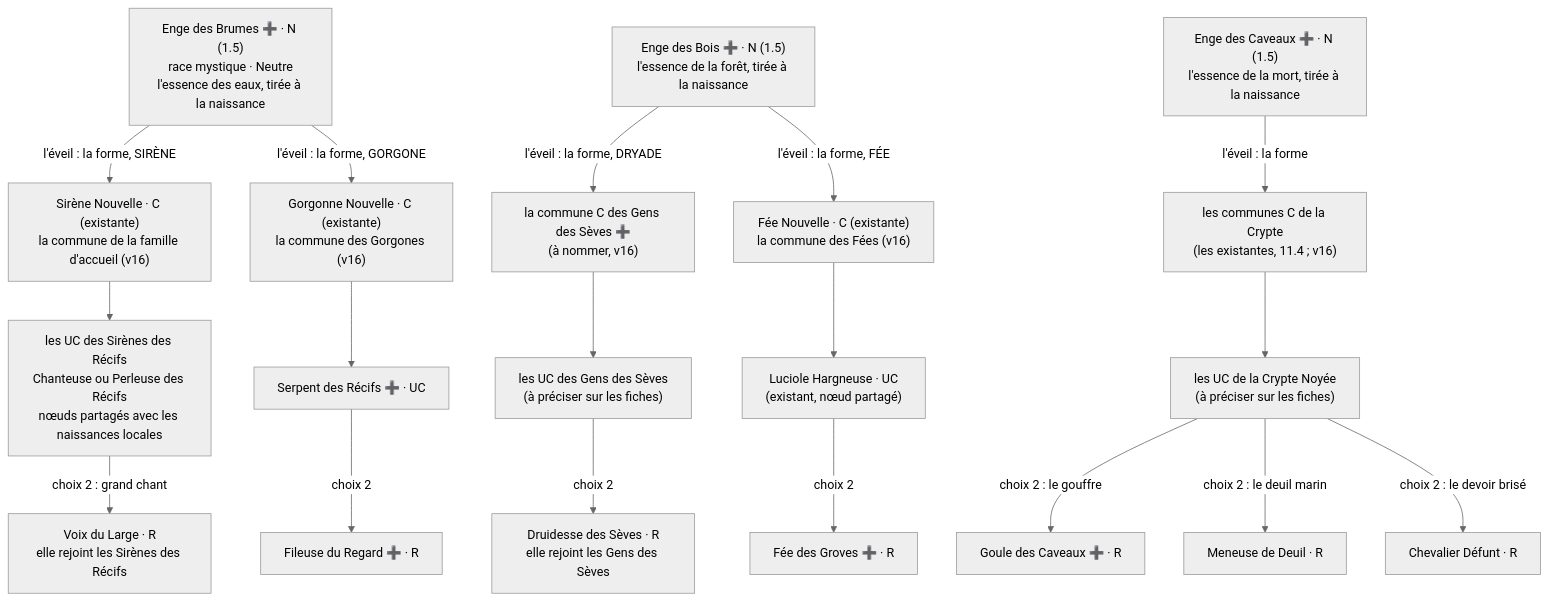
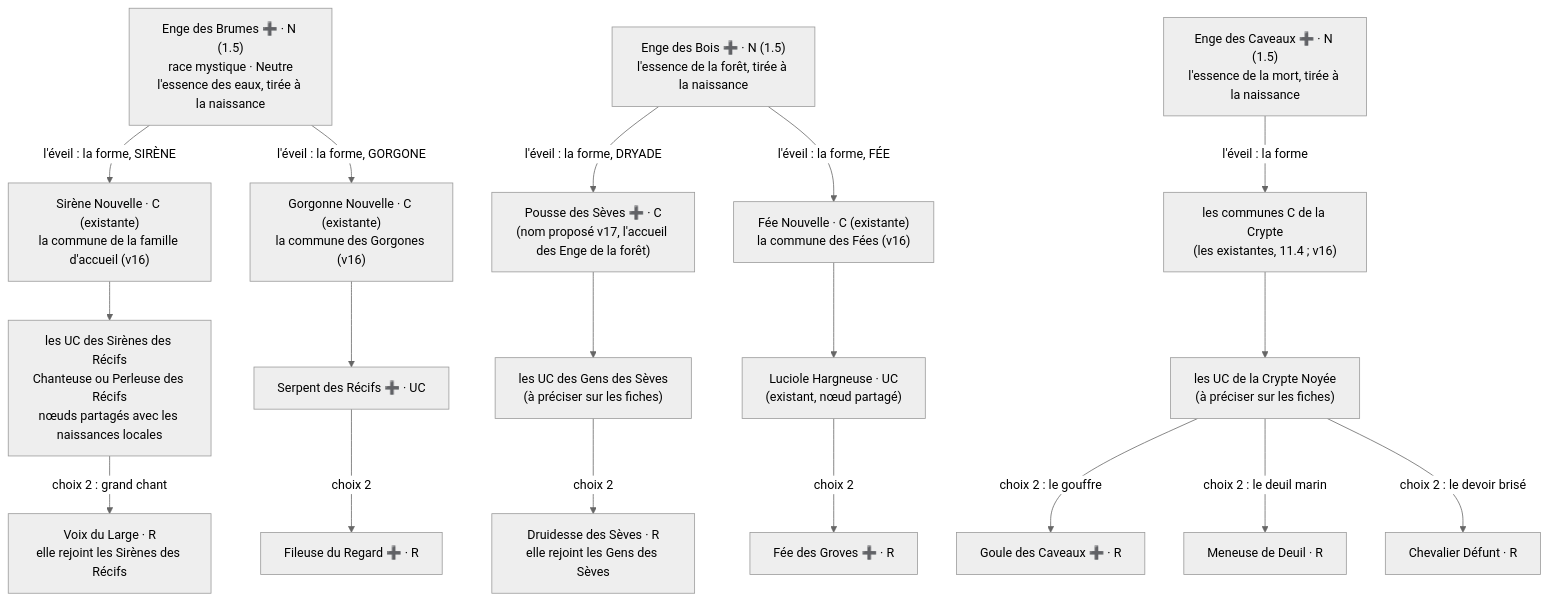
Before and after one commit to mobize191/aicg-lignees: diagram 13 of 19 in docs/design-arbres.md, drawn with Mermaid (neutral theme). The commit also changed other lines of this file and 1 other file, not shown here.

Commit message:
docs : design v17 des arbres (Ange Éveillé, drops, communes) + refonte des sorts (typologie, acquisition, familles)

````diff
--- a/docs/design-arbres.md
+++ b/docs/design-arbres.md
@@ -427,15 +429,15 @@
 ```mermaid
 flowchart TD
   E1["Enge des Brumes ➕ · N (1.5)<br/>race mystique · Neutre<br/>l'essence des eaux, tirée à la naissance"] -->|"l'éveil : la forme, SIRÈNE"| SIRC["Sirène Nouvelle · C (existante)<br/>la commune de la famille d'accueil (v16)"] --> SIRU["les UC des Sirènes des Récifs<br/>Chanteuse ou Perleuse des Récifs<br/>nœuds partagés avec les naissances locales"]
   E1 -->|"l'éveil : la forme, GORGONE"| GORC["Gorgonne Nouvelle · C (existante)<br/>la commune des Gorgones (v16)"] --> GORU["Serpent des Récifs ➕ · UC"]
-  E2["Enge des Bois ➕ · N (1.5)<br/>l'essence de la forêt, tirée à la naissance"] -->|"l'éveil : la forme, DRYADE"| DRYC["la commune C des Gens des Sèves ➕<br/>(à nommer, v16)"] --> DRYU["les UC des Gens des Sèves<br/>(à préciser sur les fiches)"]
+  E2["Enge des Bois ➕ · N (1.5)<br/>l'essence de la forêt, tirée à la naissance"] -->|"l'éveil : la forme, DRYADE"| DRYC["Pousse des Sèves ➕ · C<br/>(nom proposé v17, l'accueil des Enge de la forêt)"] --> DRYU["les UC des Gens des Sèves<br/>(à préciser sur les fiches)"]
   E2 -->|"l'éveil : la forme, FÉE"| FEEC["Fée Nouvelle · C (existante)<br/>la commune des Fées (v16)"] --> FEEU["Luciole Hargneuse · UC<br/>(existant, nœud partagé)"]
   E3["Enge des Caveaux ➕ · N (1.5)<br/>l'essence de la mort, tirée à la naissance"] -->|"l'éveil : la forme"| CRYC["les communes C de la Crypte<br/>(les existantes, 11.4 ; v16)"] --> CRYU["les UC de la Crypte Noyée<br/>(à préciser sur les fiches)"]
   SIRU -->|"choix 2 : grand chant"| SIR["Voix du Large · R<br/>elle rejoint les Sirènes des Récifs"]
   GORU -->|"choix 2"| GOR["Fileuse du Regard ➕ · R"]
   DRYU -->|"choix 2"| DRY["Druidesse des Sèves · R<br/>elle rejoint les Gens des Sèves"]
   FEEU -->|"choix 2"| FEE["Fée des Groves ➕ · R"]
   CRYU -->|"choix 2 : le gouffre"| GOU["Goule des Caveaux ➕ · R"]
   CRYU -->|"choix 2 : le deuil marin"| PLE["Meneuse de Deuil · R"]
   CRYU -->|"choix 2 : le devoir brisé"| DEF["Chevalier Défunt · R"]
 ```
````
